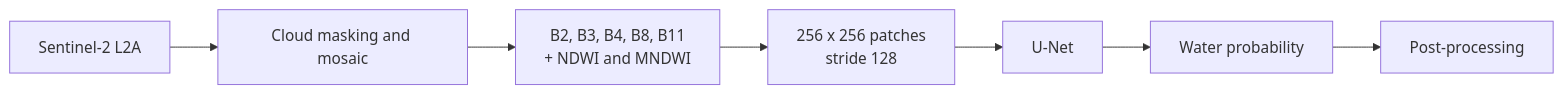
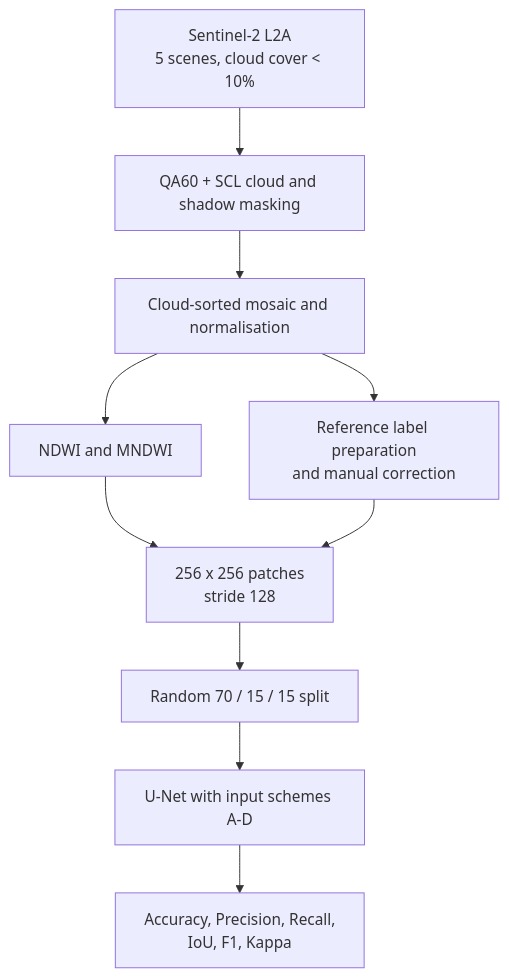
The diagram in README.md (zhengjiabei1/Multimodal-Water-Body-Semantic-Segmentation-with-U-Net), drawn with Mermaid before and after one commit. The commit also changed other lines of this file and 19 other files, not shown here.

````diff
--- a/README.md
+++ b/README.md
@@ -20,9 +90,12 @@
 ```mermaid
-flowchart LR
-    A[Sentinel-2 L2A] --> B[Cloud masking and mosaic]
-    B --> C[B2, B3, B4, B8, B11<br/>+ NDWI and MNDWI]
-    C --> D[256 x 256 patches<br/>stride 128]
-    D --> E[U-Net]
-    E --> F[Water probability]
-    F --> G[Post-processing]
+flowchart TD
+    A[Sentinel-2 L2A<br/>5 scenes, cloud cover < 10%] --> B[QA60 + SCL cloud and shadow masking]
+    B --> C[Cloud-sorted mosaic and normalisation]
+    C --> D[NDWI and MNDWI]
+    C --> E[Reference label preparation<br/>and manual correction]
+    D --> F[256 x 256 patches<br/>stride 128]
+    E --> F
+    F --> G[Random 70 / 15 / 15 split]
+    G --> H[U-Net with input schemes A-D]
+    H --> I[Accuracy, Precision, Recall,<br/>IoU, F1, Kappa]
 ```
````
